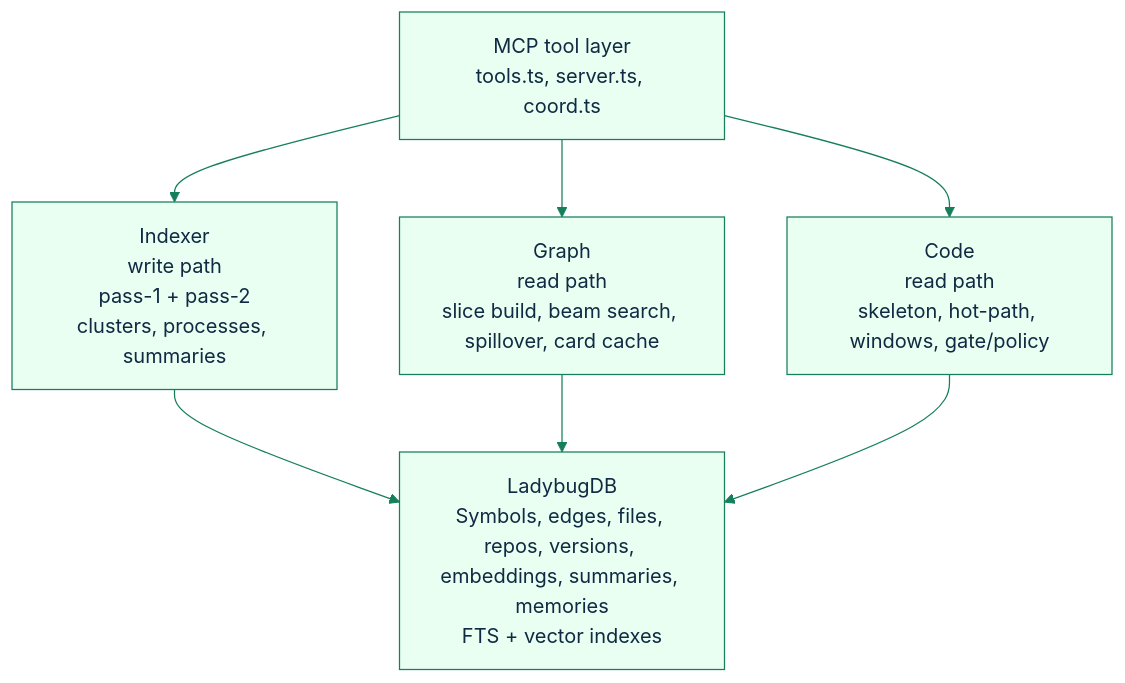
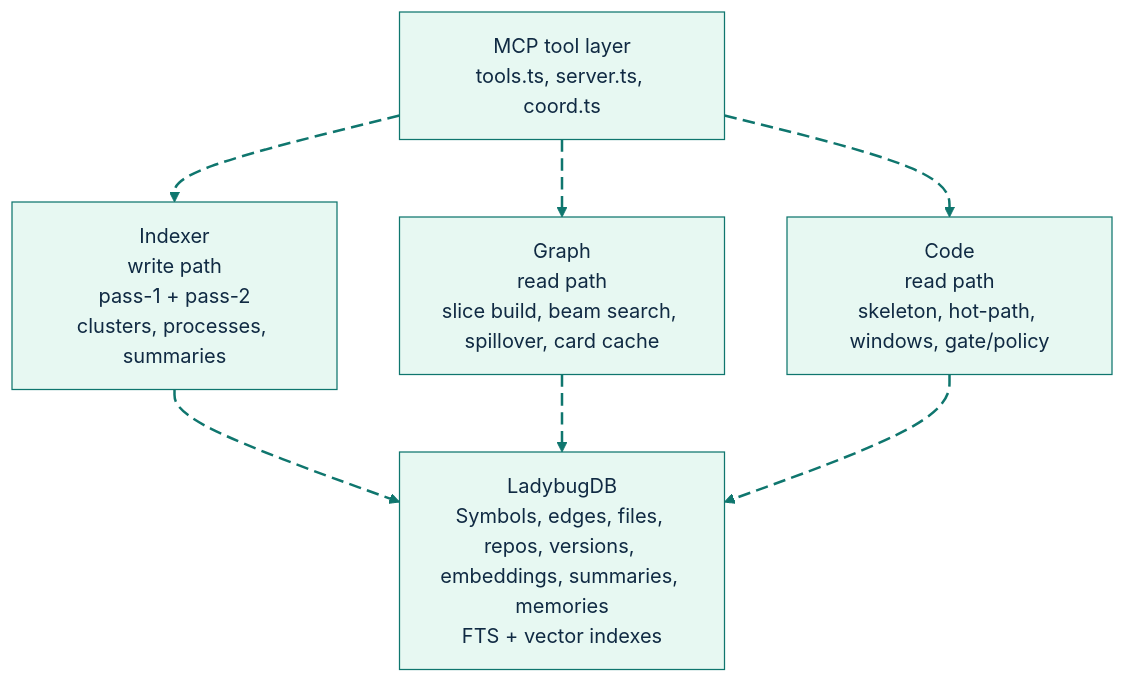
Before and after one commit to GlitterKill/sdl-mcp: the first of 14 diagrams in docs/architecture.md, drawn with Mermaid. The commit also changed other lines of this file and 33 other files, not shown here.

First line of the commit message:
docs: update mermaid diagram themes and styling across documentation

````diff
--- a/docs/architecture.md
+++ b/docs/architecture.md
@@ -44,16 +44,25 @@
 ```mermaid
-%%{init: {"theme":"base","themeVariables":{"primaryColor":"#e8fff1","primaryBorderColor":"#157f5b","primaryTextColor":"#102a43","secondaryColor":"#eef6ff","secondaryBorderColor":"#2563eb","tertiaryColor":"#fff4d6","tertiaryBorderColor":"#b45309","lineColor":"#157f5b","fontFamily":"Trebuchet MS, Arial"},"flowchart":{"curve":"basis"}}}%%
+%%{init: {"theme":"base","themeVariables":{"background":"#ffffff","primaryColor":"#E7F8F2","primaryBorderColor":"#0F766E","primaryTextColor":"#102A43","secondaryColor":"#E8F1FF","secondaryBorderColor":"#2563EB","secondaryTextColor":"#102A43","tertiaryColor":"#FFF4D6","tertiaryBorderColor":"#B45309","tertiaryTextColor":"#102A43","lineColor":"#0F766E","textColor":"#102A43","fontFamily":"Inter, ui-sans-serif, system-ui, -apple-system, BlinkMacSystemFont, Segoe UI, sans-serif"},"flowchart":{"curve":"basis","htmlLabels":true}}}%%
 flowchart TD
     Tools["MCP tool layer<br/>tools.ts, server.ts, coord.ts"]
     Indexer["Indexer<br/>write path<br/>pass-1 + pass-2<br/>clusters, processes, summaries"]
     Graph["Graph<br/>read path<br/>slice build, beam search, spillover, card cache"]
     Code["Code<br/>read path<br/>skeleton, hot-path, windows, gate/policy"]
     DB["LadybugDB<br/>Symbols, edges, files, repos, versions, embeddings, summaries, memories<br/>FTS + vector indexes"]
 
-    Tools --> Indexer
-    Tools --> Graph
-    Tools --> Code
-    Indexer --> DB
-    Graph --> DB
-    Code --> DB
+    Tools e1@--> Indexer
+    Tools e2@--> Graph
+    Tools e3@--> Code
+    Indexer e4@--> DB
+    Graph e5@--> DB
+    Code e6@--> DB
+
+    classDef source fill:#E7F8F2,stroke:#0F766E,stroke-width:2px,color:#102A43;
+    classDef process fill:#E8F1FF,stroke:#2563EB,stroke-width:2px,color:#102A43;
+    classDef decision fill:#FFF4D6,stroke:#B45309,stroke-width:2px,color:#102A43;
+    classDef storage fill:#F2E8FF,stroke:#7C3AED,stroke-width:2px,color:#102A43;
+    classDef output fill:#FFE8EF,stroke:#BE123C,stroke-width:2px,color:#102A43;
+    classDef muted fill:#F8FAFC,stroke:#64748B,stroke-width:1px,color:#102A43;
+    classDef animate stroke:#0F766E,stroke-width:2px,stroke-dasharray:10\,5,stroke-dashoffset:900,animation:dash 22s linear infinite;
+    class e1,e2,e3,e4,e5,e6 animate;
 ```
````
